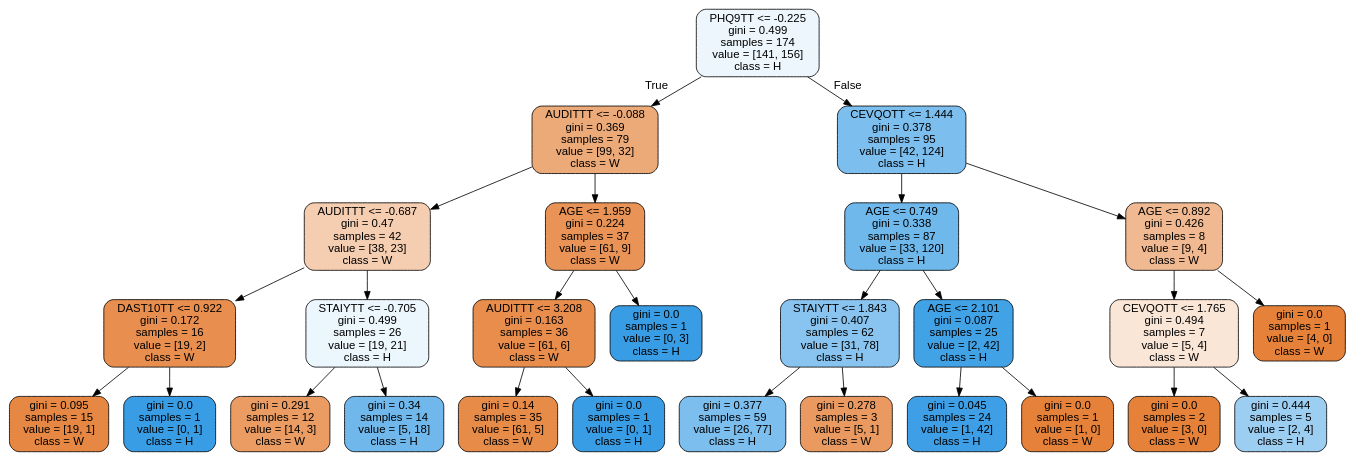
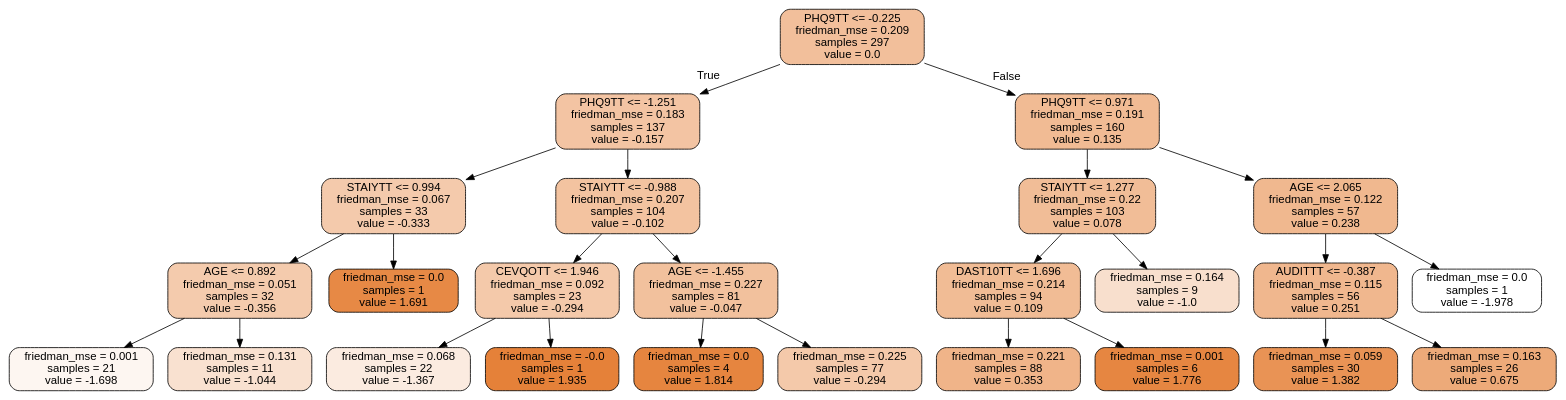
One commit to pnplab/ML_CRIUSMM changed the diagram in cours_3/img/_tree.dot. Above: the diagram before and after it, drawn with Graphviz. The commit also changed 4 other files, not shown here.

```diff
--- a/cours_3/img/_tree.dot
+++ b/cours_3/img/_tree.dot
@@ -1,57 +1,53 @@
 digraph Tree {
 node [shape=box, style="filled, rounded", color="black", fontname=helvetica] ;
 edge [fontname=helvetica] ;
-0 [label="PHQ9TT <= -0.225\ngini = 0.499\nsamples = 174\nvalue = [141, 156]\nclass = H", fillcolor="#ecf6fc"] ;
-1 [label="AUDITTT <= -0.088\ngini = 0.369\nsamples = 79\nvalue = [99, 32]\nclass = W", fillcolor="#edaa79"] ;
+0 [label="PHQ9TT <= -0.225\nfriedman_mse = 0.209\nsamples = 297\nvalue = 0.0", fillcolor="#f2bf9b"] ;
+1 [label="PHQ9TT <= -1.251\nfriedman_mse = 0.183\nsamples = 137\nvalue = -0.157", fillcolor="#f3c4a3"] ;
 0 -> 1 [labeldistance=2.5, labelangle=45, headlabel="True"] ;
-2 [label="AUDITTT <= -0.687\ngini = 0.47\nsamples = 42\nvalue = [38, 23]\nclass = W", fillcolor="#f5cdb1"] ;
+2 [label="STAIYTT <= 0.994\nfriedman_mse = 0.067\nsamples = 33\nvalue = -0.333", fillcolor="#f4caac"] ;
 1 -> 2 ;
-3 [label="DAST10TT <= 0.922\ngini = 0.172\nsamples = 16\nvalue = [19, 2]\nclass = W", fillcolor="#e88e4e"] ;
+3 [label="AGE <= 0.892\nfriedman_mse = 0.051\nsamples = 32\nvalue = -0.356", fillcolor="#f4cbad"] ;
 2 -> 3 ;
-4 [label="gini = 0.095\nsamples = 15\nvalue = [19, 1]\nclass = W", fillcolor="#e68843"] ;
+4 [label="friedman_mse = 0.001\nsamples = 21\nvalue = -1.698", fillcolor="#fdf6f1"] ;
 3 -> 4 ;
-5 [label="gini = 0.0\nsamples = 1\nvalue = [0, 1]\nclass = H", fillcolor="#399de5"] ;
+5 [label="friedman_mse = 0.131\nsamples = 11\nvalue = -1.044", fillcolor="#f9e1d0"] ;
 3 -> 5 ;
-6 [label="STAIYTT <= -0.705\ngini = 0.499\nsamples = 26\nvalue = [19, 21]\nclass = H", fillcolor="#ecf6fd"] ;
+6 [label="friedman_mse = 0.0\nsamples = 1\nvalue = 1.691", fillcolor="#e78945"] ;
 2 -> 6 ;
-7 [label="gini = 0.291\nsamples = 12\nvalue = [14, 3]\nclass = W", fillcolor="#eb9c63"] ;
-6 -> 7 ;
-8 [label="gini = 0.34\nsamples = 14\nvalue = [5, 18]\nclass = H", fillcolor="#70b8ec"] ;
-6 -> 8 ;
-9 [label="AGE <= 1.959\ngini = 0.224\nsamples = 37\nvalue = [61, 9]\nclass = W", fillcolor="#e99456"] ;
-1 -> 9 ;
-10 [label="AUDITTT <= 3.208\ngini = 0.163\nsamples = 36\nvalue = [61, 6]\nclass = W", fillcolor="#e88d4c"] ;
-9 -> 10 ;
-11 [label="gini = 0.14\nsamples = 35\nvalue = [61, 5]\nclass = W", fillcolor="#e78b49"] ;
-10 -> 11 ;
-12 [label="gini = 0.0\nsamples = 1\nvalue = [0, 1]\nclass = H", fillcolor="#399de5"] ;
-10 -> 12 ;
-13 [label="gini = 0.0\nsamples = 1\nvalue = [0, 3]\nclass = H", fillcolor="#399de5"] ;
-9 -> 13 ;
-14 [label="CEVQOTT <= 1.444\ngini = 0.378\nsamples = 95\nvalue = [42, 124]\nclass = H", fillcolor="#7cbeee"] ;
+7 [label="STAIYTT <= -0.988\nfriedman_mse = 0.207\nsamples = 104\nvalue = -0.102", fillcolor="#f3c3a0"] ;
+1 -> 7 ;
+8 [label="CEVQOTT <= 1.946\nfriedman_mse = 0.092\nsamples = 23\nvalue = -0.294", fillcolor="#f4c9aa"] ;
+7 -> 8 ;
+9 [label="friedman_mse = 0.068\nsamples = 22\nvalue = -1.367", fillcolor="#fbebe0"] ;
+8 -> 9 ;
+10 [label="friedman_mse = -0.0\nsamples = 1\nvalue = 1.935", fillcolor="#e58139"] ;
+8 -> 10 ;
+11 [label="AGE <= -1.455\nfriedman_mse = 0.227\nsamples = 81\nvalue = -0.047", fillcolor="#f2c19d"] ;
+7 -> 11 ;
+12 [label="friedman_mse = 0.0\nsamples = 4\nvalue = 1.814", fillcolor="#e6853f"] ;
+11 -> 12 ;
+13 [label="friedman_mse = 0.225\nsamples = 77\nvalue = -0.294", fillcolor="#f4c9aa"] ;
+11 -> 13 ;
+14 [label="PHQ9TT <= 0.971\nfriedman_mse = 0.191\nsamples = 160\nvalue = 0.135", fillcolor="#f1bb94"] ;
 0 -> 14 [labeldistance=2.5, labelangle=-45, headlabel="False"] ;
-15 [label="AGE <= 0.749\ngini = 0.338\nsamples = 87\nvalue = [33, 120]\nclass = H", fillcolor="#6fb8ec"] ;
+15 [label="STAIYTT <= 1.277\nfriedman_mse = 0.22\nsamples = 103\nvalue = 0.078", fillcolor="#f1bd97"] ;
 14 -> 15 ;
-16 [label="STAIYTT <= 1.843\ngini = 0.407\nsamples = 62\nvalue = [31, 78]\nclass = H", fillcolor="#88c4ef"] ;
+16 [label="DAST10TT <= 1.696\nfriedman_mse = 0.214\nsamples = 94\nvalue = 0.109", fillcolor="#f1bc95"] ;
 15 -> 16 ;
-17 [label="gini = 0.377\nsamples = 59\nvalue = [26, 77]\nclass = H", fillcolor="#7cbeee"] ;
+17 [label="friedman_mse = 0.221\nsamples = 88\nvalue = 0.353", fillcolor="#f0b489"] ;
 16 -> 17 ;
-18 [label="gini = 0.278\nsamples = 3\nvalue = [5, 1]\nclass = W", fillcolor="#ea9a61"] ;
+18 [label="friedman_mse = 0.001\nsamples = 6\nvalue = 1.776", fillcolor="#e68641"] ;
 16 -> 18 ;
-19 [label="AGE <= 2.101\ngini = 0.087\nsamples = 25\nvalue = [2, 42]\nclass = H", fillcolor="#42a2e6"] ;
+19 [label="friedman_mse = 0.164\nsamples = 9\nvalue = -1.0", fillcolor="#f8dfcd"] ;
 15 -> 19 ;
-20 [label="gini = 0.045\nsamples = 24\nvalue = [1, 42]\nclass = H", fillcolor="#3e9fe6"] ;
-19 -> 20 ;
-21 [label="gini = 0.0\nsamples = 1\nvalue = [1, 0]\nclass = W", fillcolor="#e58139"] ;
-19 -> 21 ;
-22 [label="AGE <= 0.892\ngini = 0.426\nsamples = 8\nvalue = [9, 4]\nclass = W", fillcolor="#f1b991"] ;
-14 -> 22 ;
-23 [label="CEVQOTT <= 1.765\ngini = 0.494\nsamples = 7\nvalue = [5, 4]\nclass = W", fillcolor="#fae6d7"] ;
-22 -> 23 ;
-24 [label="gini = 0.0\nsamples = 2\nvalue = [3, 0]\nclass = W", fillcolor="#e58139"] ;
-23 -> 24 ;
-25 [label="gini = 0.444\nsamples = 5\nvalue = [2, 4]\nclass = H", fillcolor="#9ccef2"] ;
-23 -> 25 ;
-26 [label="gini = 0.0\nsamples = 1\nvalue = [4, 0]\nclass = W", fillcolor="#e58139"] ;
-22 -> 26 ;
+20 [label="AGE <= 2.065\nfriedman_mse = 0.122\nsamples = 57\nvalue = 0.238", fillcolor="#f0b88f"] ;
+14 -> 20 ;
+21 [label="AUDITTT <= -0.387\nfriedman_mse = 0.115\nsamples = 56\nvalue = 0.251", fillcolor="#f0b78e"] ;
+20 -> 21 ;
+22 [label="friedman_mse = 0.059\nsamples = 30\nvalue = 1.382", fillcolor="#e99355"] ;
+21 -> 22 ;
+23 [label="friedman_mse = 0.163\nsamples = 26\nvalue = 0.675", fillcolor="#edaa79"] ;
+21 -> 23 ;
+24 [label="friedman_mse = 0.0\nsamples = 1\nvalue = -1.978", fillcolor="#ffffff"] ;
+20 -> 24 ;
 }
```
